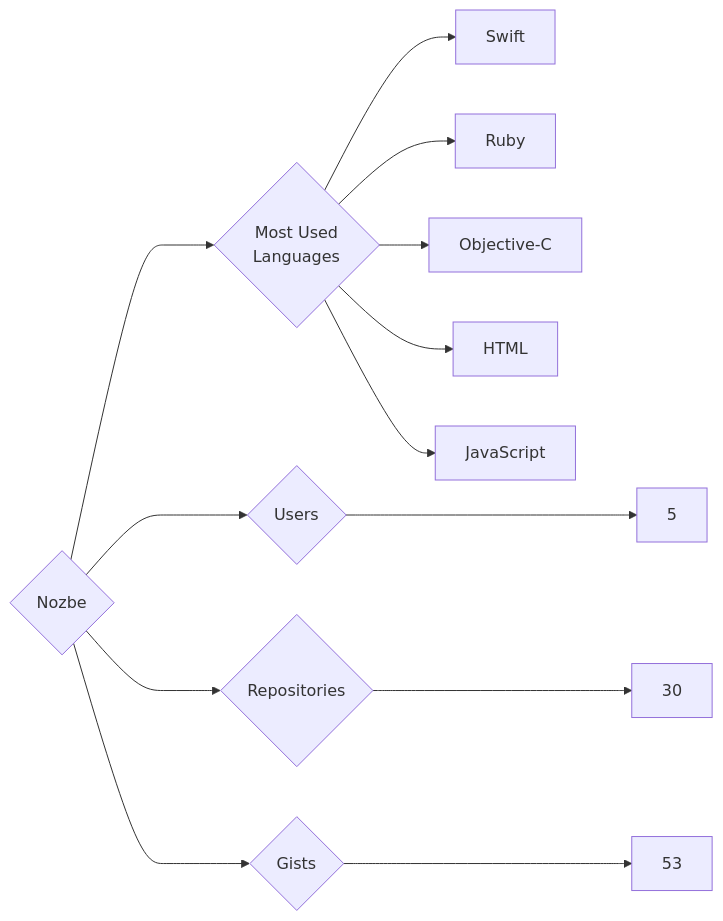
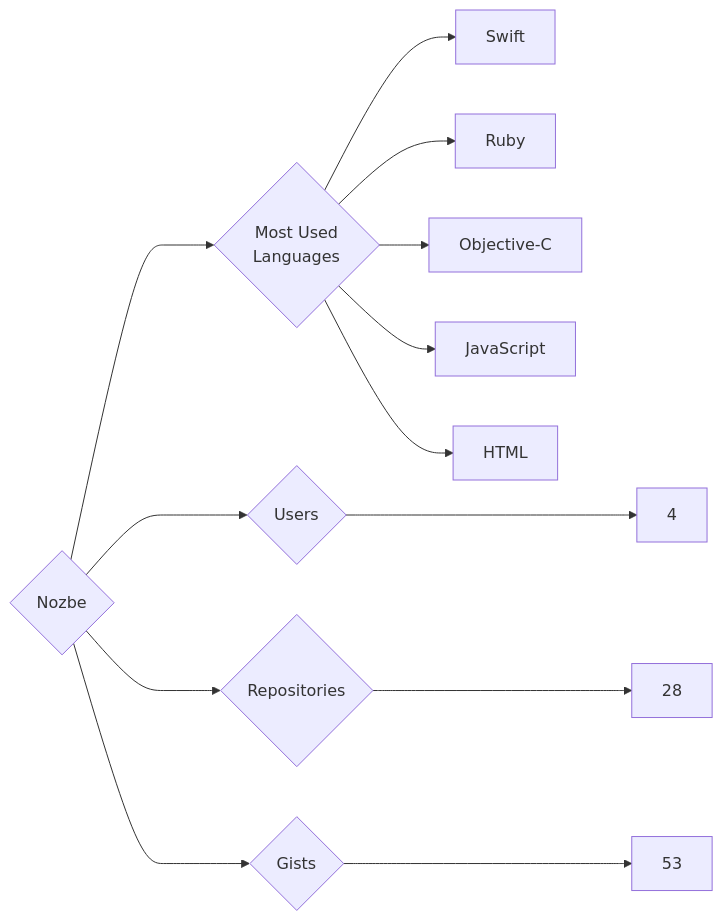
Before and after one commit to trickest/insiders: the diagram in targets/Nozbe/README.md, drawn with Mermaid. The commit also changed 1011 other files, not shown here.

````diff
--- a/targets/Nozbe/README.md
+++ b/targets/Nozbe/README.md
@@ -3,13 +3,13 @@
 ```mermaid
 graph LR
 COMPANY_NAME{Nozbe}
-COMPANY_NAME ---> U{Users} ---> UN[5]
-COMPANY_NAME ---> R{Repositories} ---> RN[30]
+COMPANY_NAME ---> U{Users} ---> UN[4]
+COMPANY_NAME ---> R{Repositories} ---> RN[28]
 COMPANY_NAME ---> G{Gists} ---> GN[53]
 COMPANY_NAME ---> ML{Most Used<br>Languages}
 ML --> Swift[Swift]
 ML --> Ruby[Ruby]
 ML --> Objective-C[Objective-C]
+ML --> JavaScript[JavaScript]
 ML --> HTML[HTML]
-ML --> JavaScript[JavaScript]
 ```
````
